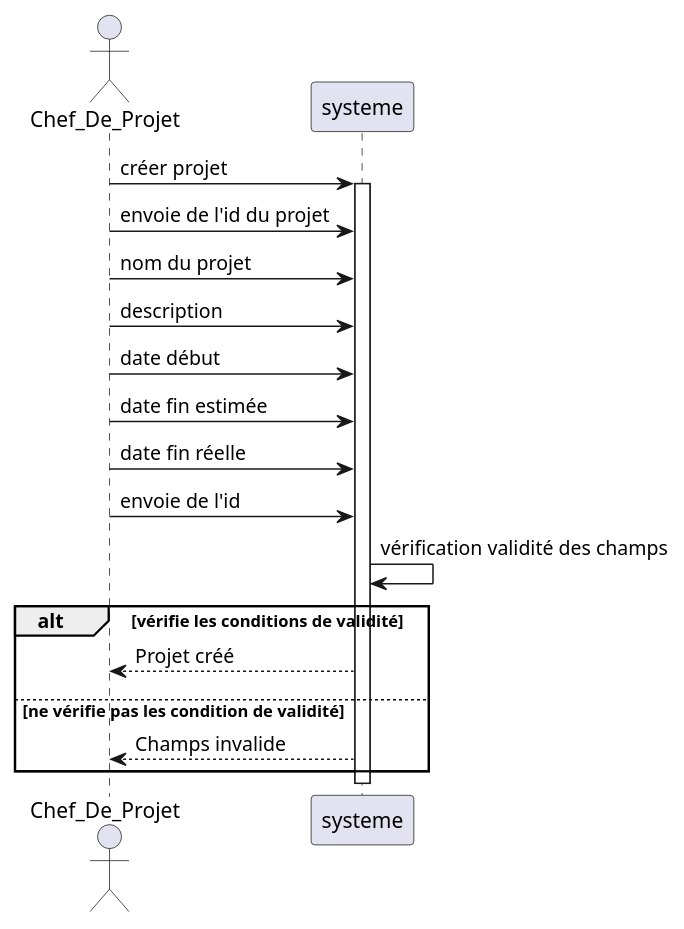
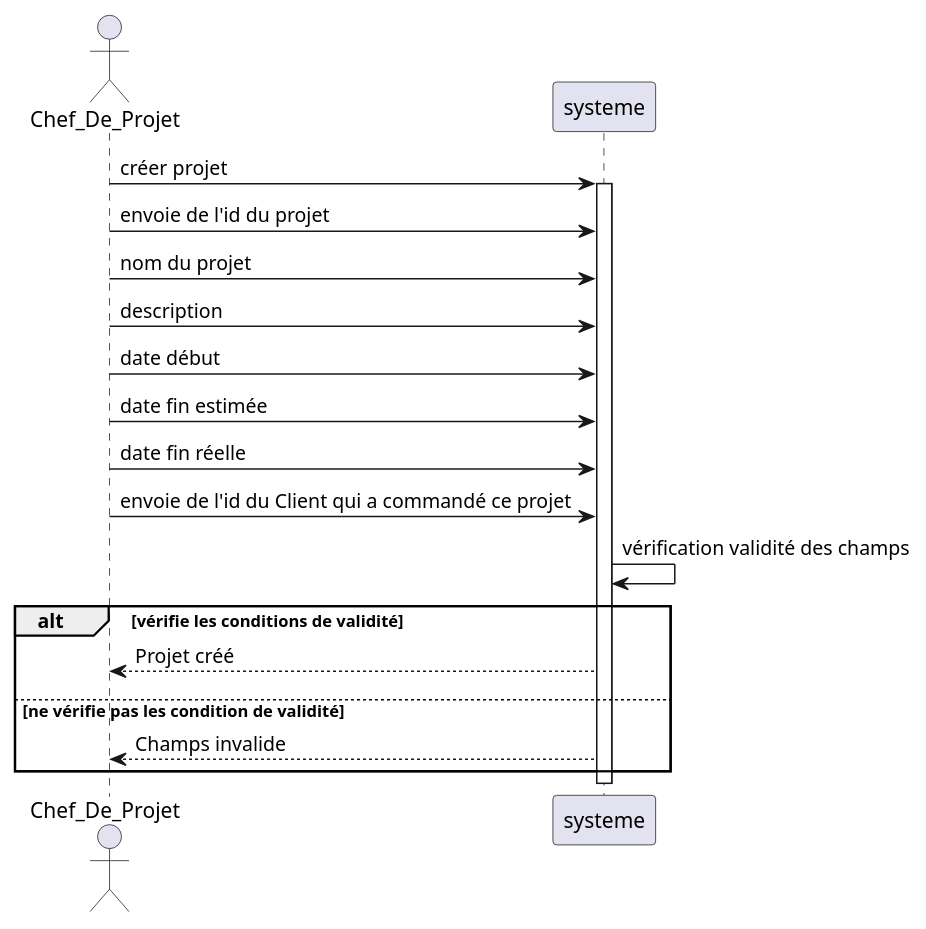
Before and after one commit to Xuxin2333/ptut-v1: the diagram in doc/Diagrammes_sequence/UC_creer_projet.plantuml, drawn with PlantUML.

Commit message:
plus de détails pour différencier les 2 IDs

```diff
--- a/doc/Diagrammes_sequence/UC_creer_projet.plantuml
+++ b/doc/Diagrammes_sequence/UC_creer_projet.plantuml
@@ -1,27 +1,27 @@
 @startuml
 ' diagramme de séquences systeme pour use case "créer projet"
 
 actor Chef_De_Projet
 
 Chef_De_Projet -> systeme : créer projet
 
 activate systeme
 
 Chef_De_Projet -> systeme : envoie de l'id du projet
 Chef_De_Projet -> systeme : nom du projet
 Chef_De_Projet -> systeme : description
 Chef_De_Projet -> systeme : date début
 Chef_De_Projet -> systeme : date fin estimée
 Chef_De_Projet -> systeme : date fin réelle
-Chef_De_Projet -> systeme : envoie de l'id
+Chef_De_Projet -> systeme : envoie de l'id du Client qui a commandé ce projet
 
 systeme -> systeme : vérification validité des champs
 
 alt vérifie les conditions de validité
 systeme --> Chef_De_Projet : Projet créé
 ||10||
 else ne vérifie pas les condition de validité 
 systeme --> Chef_De_Projet : Champs invalide
 end
 
 @enduml
```
